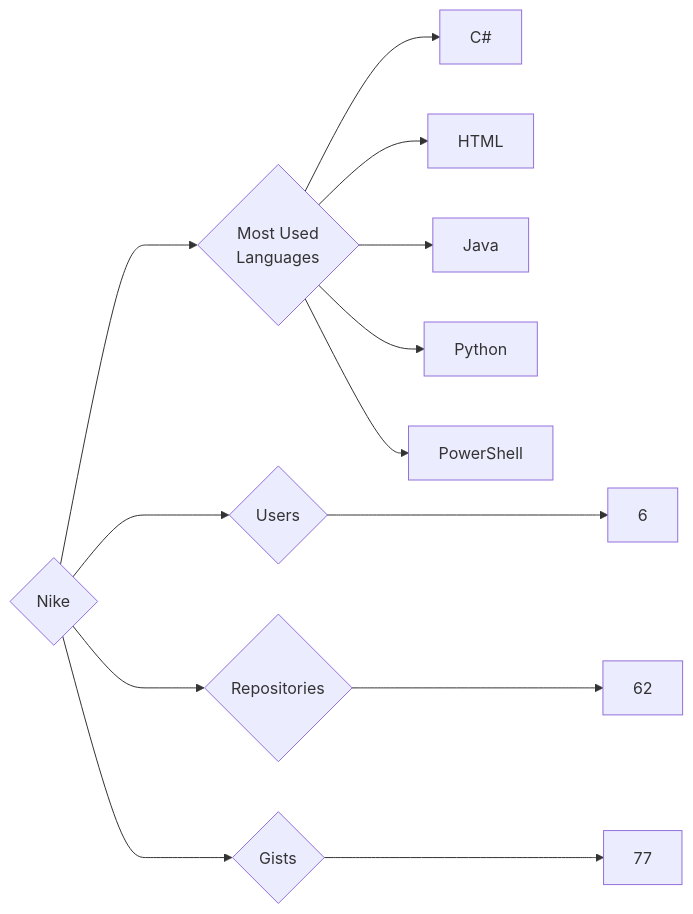
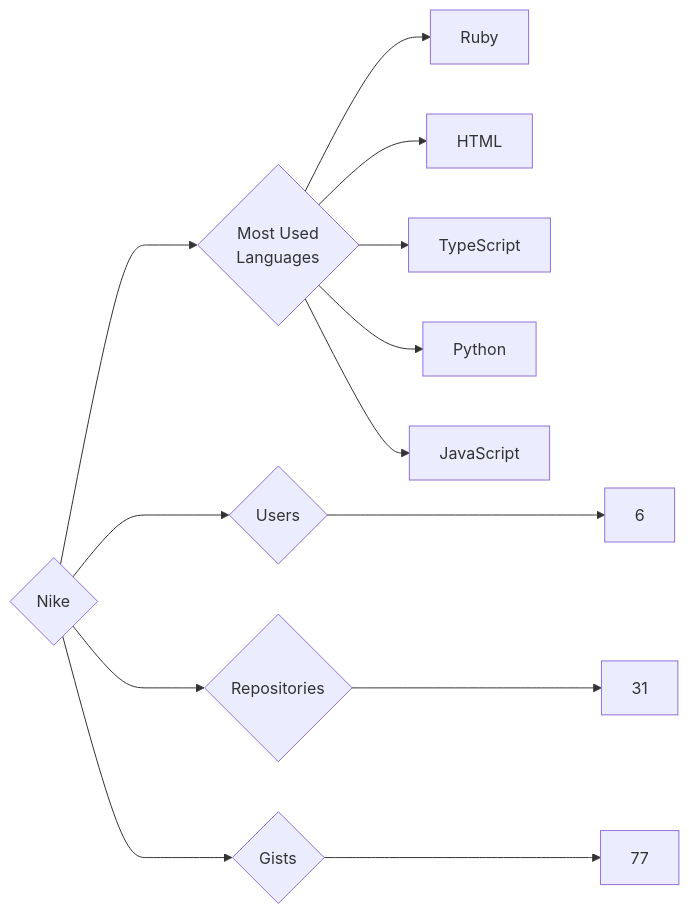
One commit to trickest/insiders changed the diagram in targets/Nike/README.md. Above: the diagram before and after it, drawn with Mermaid. The commit also changed 582 other files, not shown here.

````diff
--- a/targets/Nike/README.md
+++ b/targets/Nike/README.md
@@ -3,13 +3,13 @@
 ```mermaid
 graph LR
 COMPANY_NAME{Nike}
 COMPANY_NAME ---> U{Users} ---> UN[6]
-COMPANY_NAME ---> R{Repositories} ---> RN[62]
+COMPANY_NAME ---> R{Repositories} ---> RN[31]
 COMPANY_NAME ---> G{Gists} ---> GN[77]
 COMPANY_NAME ---> ML{Most Used<br>Languages}
-ML --> C#[C#]
+ML --> Ruby[Ruby]
 ML --> HTML[HTML]
-ML --> Java[Java]
+ML --> TypeScript[TypeScript]
 ML --> Python[Python]
-ML --> PowerShell[PowerShell]
+ML --> JavaScript[JavaScript]
 ```
````
